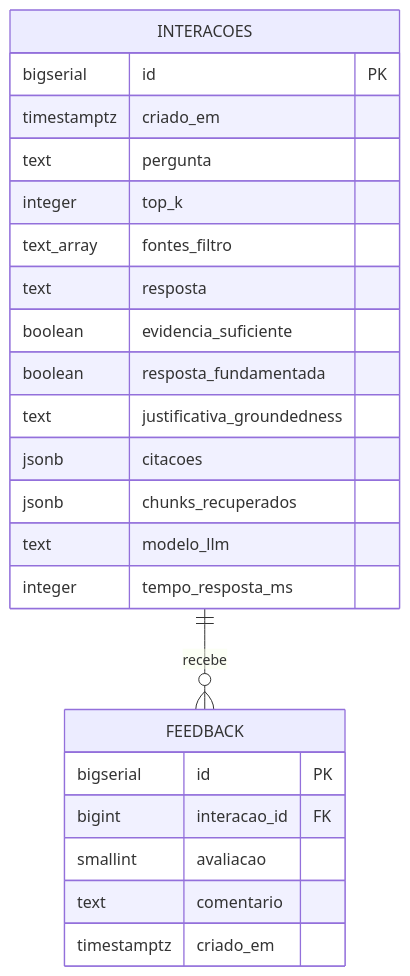
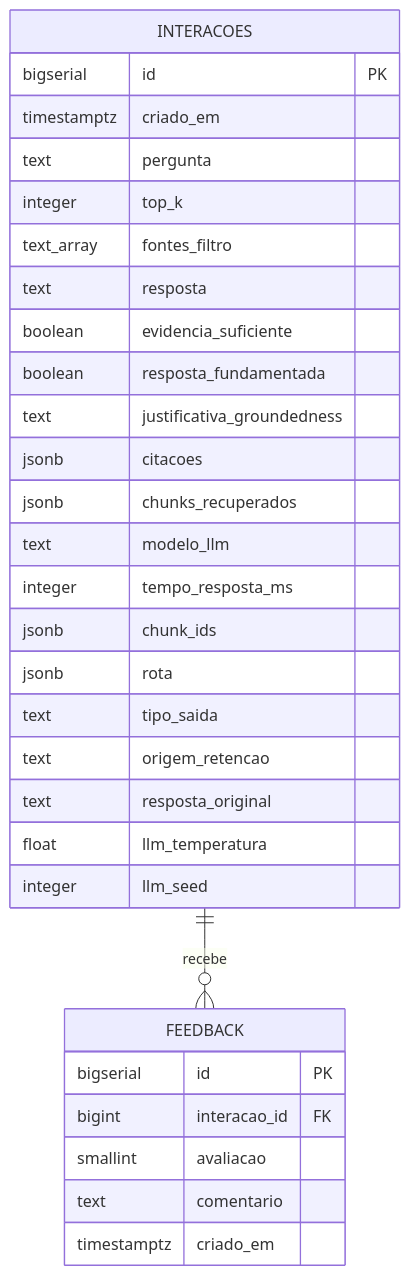
Before and after one commit to juliacoit/HerpIA-chatbot: the seventh of 8 diagrams in README.md, drawn with Mermaid. The commit also changed other lines of this file, not shown here.

````diff
--- a/README.md
+++ b/README.md
@@ -315,26 +346,33 @@
 ```mermaid
 erDiagram
     INTERACOES ||--o{ FEEDBACK : recebe
     INTERACOES {
         bigserial id PK
         timestamptz criado_em
         text pergunta
         integer top_k
         text_array fontes_filtro
         text resposta
         boolean evidencia_suficiente
         boolean resposta_fundamentada
         text justificativa_groundedness
         jsonb citacoes
         jsonb chunks_recuperados
         text modelo_llm
         integer tempo_resposta_ms
+        jsonb chunk_ids
+        jsonb rota
+        text tipo_saida
+        text origem_retencao
+        text resposta_original
+        float llm_temperatura
+        integer llm_seed
     }
     FEEDBACK {
         bigserial id PK
         bigint interacao_id FK
         smallint avaliacao
         text comentario
         timestamptz criado_em
     }
 ```
````
